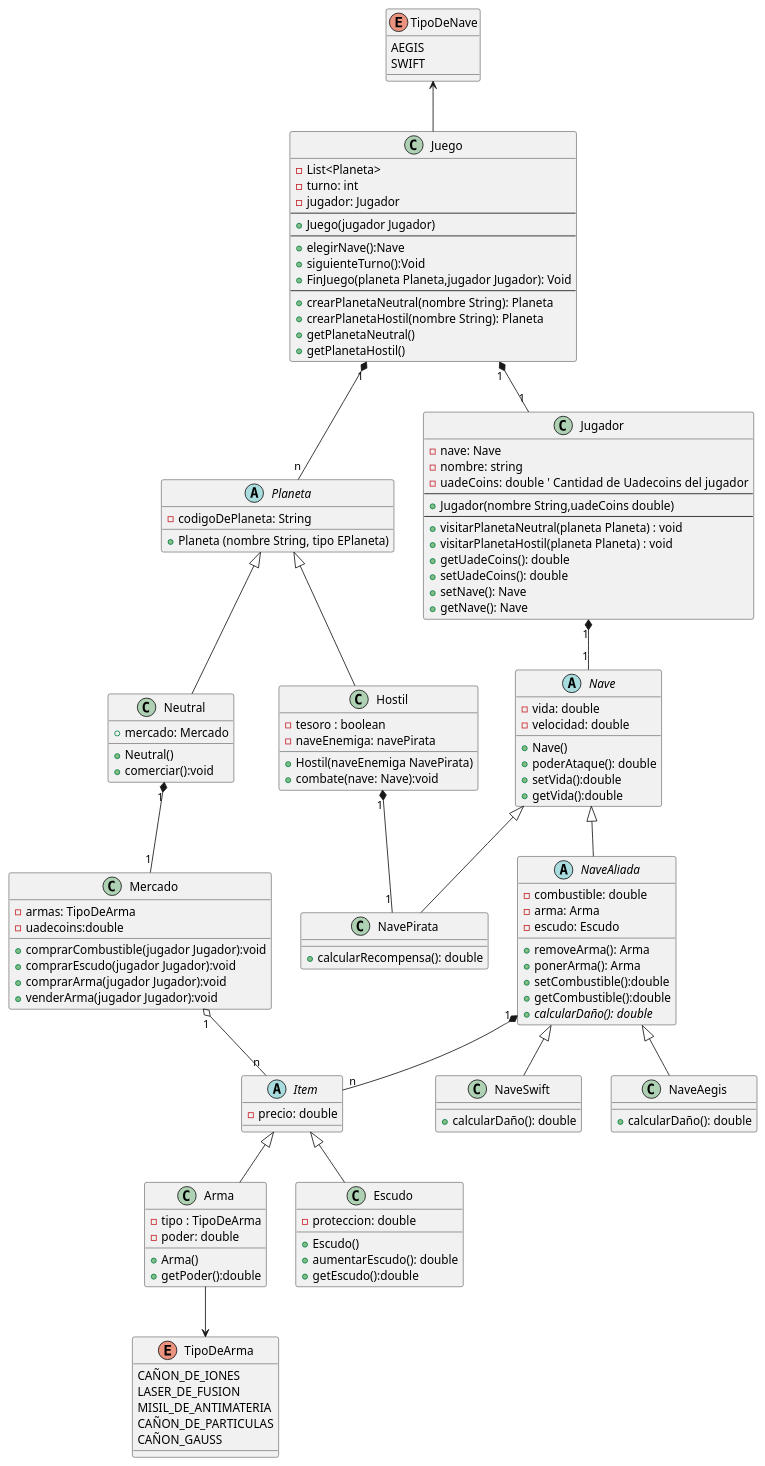
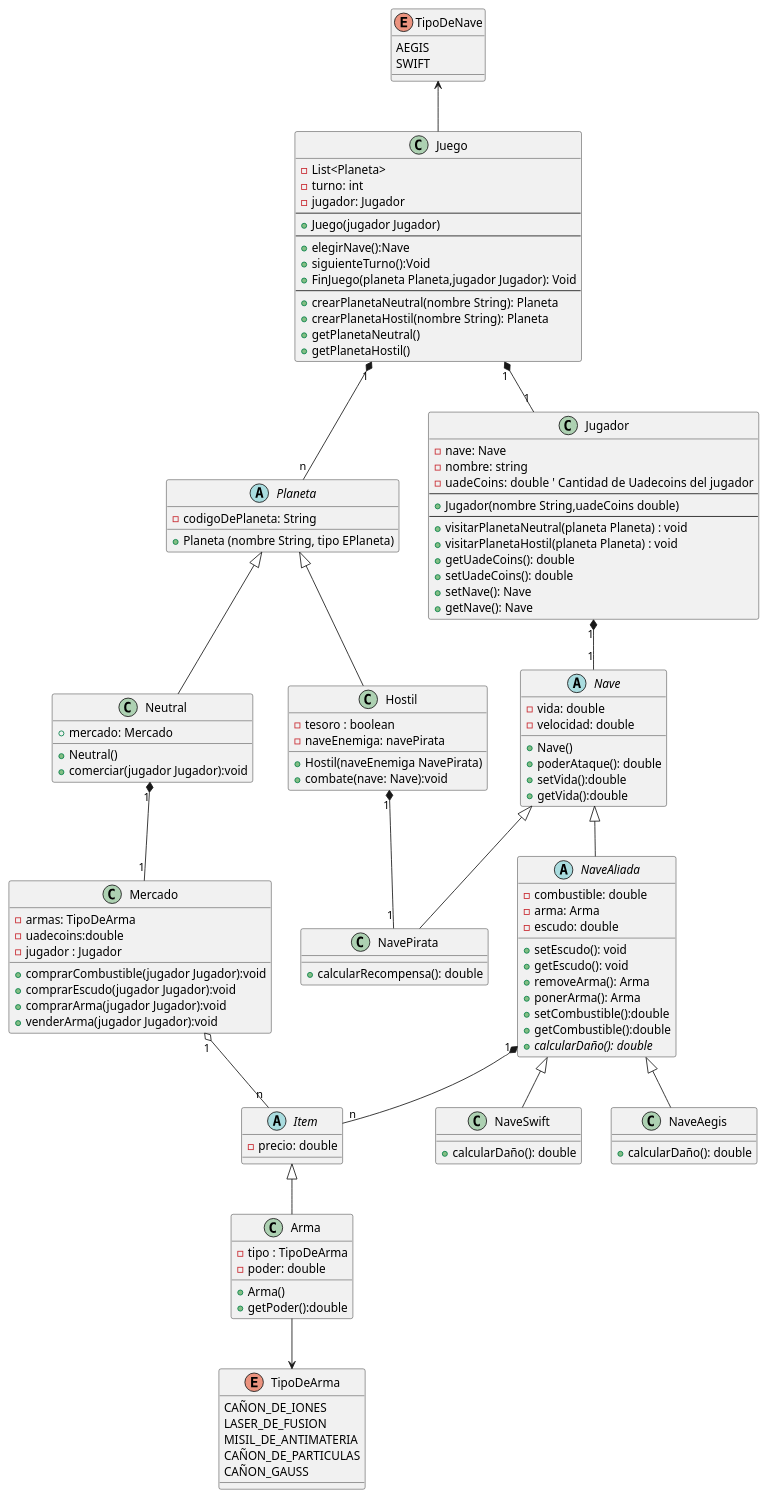
One commit to ianlio-git/LostGalaxy changed the diagram in src/TPO_classDiagram/TPO_ClassDiagram.puml. Above: the diagram before and after it, drawn with PlantUML. The commit also changed 7 other files, not shown here.

Commit message:
DiagramasDeSecuenciaTerminados v1

```diff
--- a/src/TPO_classDiagram/TPO_ClassDiagram.puml
+++ b/src/TPO_classDiagram/TPO_ClassDiagram.puml
@@ -1,138 +1,135 @@
 @startuml
 'class Juego
 TipoDeNave <-- Juego
 enum TipoDeNave{
     AEGIS
     SWIFT
 }
 Arma --> TipoDeArma
 enum TipoDeArma{
    CAÑON_DE_IONES
    LASER_DE_FUSION
    MISIL_DE_ANTIMATERIA
    CAÑON_DE_PARTICULAS
    CAÑON_GAUSS
 }
 Juego "1" *-- "n" Planeta
 Juego "1" *-- "1" Jugador
 class Juego {
     - List<Planeta>
     - turno: int
     - jugador: Jugador
     --
     + Juego(jugador Jugador)
     --
     + elegirNave():Nave
     + siguienteTurno():Void
     + FinJuego(planeta Planeta,jugador Jugador): Void
     --
     + crearPlanetaNeutral(nombre String): Planeta
     + crearPlanetaHostil(nombre String): Planeta
     + getPlanetaNeutral()
     + getPlanetaHostil()
 }
 Jugador "1" *-- "1" Nave
 'class Jugador
 class Jugador {
     - nave: Nave
     - nombre: string
     - uadeCoins: double  ' Cantidad de Uadecoins del jugador
     --
     + Jugador(nombre String,uadeCoins double)
     --
     + visitarPlanetaNeutral(planeta Planeta) : void
     + visitarPlanetaHostil(planeta Planeta) : void
     + getUadeCoins(): double
     + setUadeCoins(): double
     + setNave(): Nave
     + getNave(): Nave
 }
 
 'class Nave
 abstract class Nave {
     - vida: double
     - velocidad: double
     + Nave()
     + poderAtaque(): double
     + setVida():double
     + getVida():double
 }
 abstract class NaveAliada extends Nave{
  - combustible: double
  - arma: Arma
- - escudo: Escudo
+ - escudo: double
+ + setEscudo(): void
+ + getEscudo(): void
  + removeArma(): Arma
  + ponerArma(): Arma
  + setCombustible():double
  + getCombustible():double
  + {abstract} calcularDaño(): double
 }
 ' Clase para Nave Aegis
 class NaveAegis extends NaveAliada{
 + calcularDaño(): double
 }
 ' Clase para Nave Swift
 class NaveSwift extends NaveAliada {
 + calcularDaño(): double
 }
 NaveAliada "1"*--"n" Item
 abstract class Item{
 - precio: double
 
 }
 'class Arma
 class Arma extends Item{
     - tipo : TipoDeArma
     - poder: double
     + Arma()
     + getPoder():double
 }
 
-'class Escudo
-class Escudo extends Item {
-    - proteccion: double
-    + Escudo()
-    + aumentarEscudo(): double
-    + getEscudo():double
-}
+
 Hostil "1"*--"1" NavePirata
 'class Enemigo
 class NavePirata extends Nave {
     + calcularRecompensa(): double
 }
 
 'class Planeta
 
 Neutral "1"*--"1" Mercado
 abstract class Planeta {
     - codigoDePlaneta: String
     + Planeta (nombre String, tipo EPlaneta)
 }
 
 'class Mercado
 class Neutral extends Planeta{
     + mercado: Mercado
     + Neutral()
-    + comerciar():void
+    + comerciar(jugador Jugador):void
 }
 Mercado "1" o-- "n" Item
 class Mercado {
     -armas: TipoDeArma
     -uadecoins:double
+    -jugador : Jugador
     + comprarCombustible(jugador Jugador):void
     + comprarEscudo(jugador Jugador):void
     + comprarArma(jugador Jugador):void
     + venderArma(jugador Jugador):void
 
 }
 
 'Subclase de Planeta: Hostil
 class Hostil extends Planeta{
     - tesoro : boolean
     - naveEnemiga: navePirata
     + Hostil(naveEnemiga NavePirata)
     + combate(nave: Nave):void
 }
 
 
 @enduml
```
